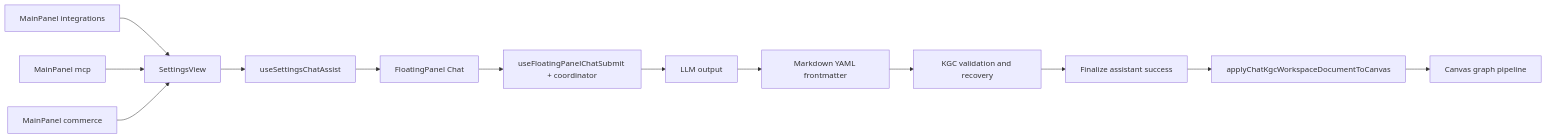
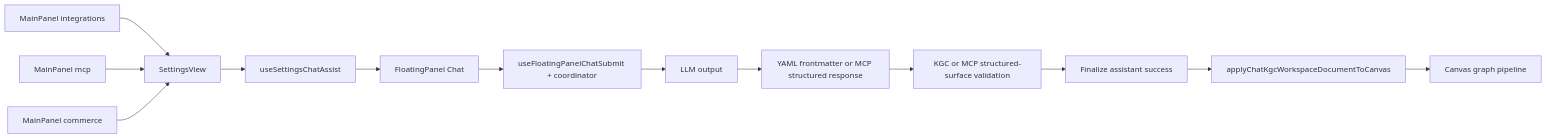
The fourth of 4 diagrams in docs/documents/knowgrph-agent-ready-document.md (huijoohwee/knowgrph), drawn with Mermaid before and after one commit. The commit also changed other lines of this file and 444 other files, not shown here.

````diff
--- a/docs/documents/knowgrph-agent-ready-document.md
+++ b/docs/documents/knowgrph-agent-ready-document.md
@@ -219,15 +219,15 @@
 ```mermaid
 flowchart LR
   Integrations["MainPanel integrations"] --> Settings["SettingsView"]
   Mcp["MainPanel mcp"] --> Settings
   Commerce["MainPanel commerce"] --> Settings
   Settings --> Assist["useSettingsChatAssist"]
   Assist --> Chat["FloatingPanel Chat"]
   Chat --> Submit["useFloatingPanelChatSubmit + coordinator"]
   Submit --> LLM["LLM output"]
-  LLM --> KGC["Markdown YAML frontmatter"]
-  KGC --> Validate["KGC validation and recovery"]
+  LLM --> Response["YAML frontmatter or MCP structured response"]
+  Response --> Validate["KGC or MCP structured-surface validation"]
   Validate --> Finalize["Finalize assistant success"]
   Finalize --> Apply["applyChatKgcWorkspaceDocumentToCanvas"]
   Apply --> Canvas["Canvas graph pipeline"]
 ```
````
